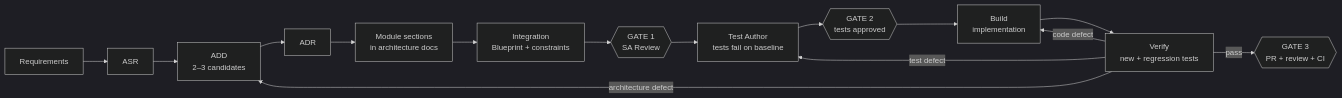
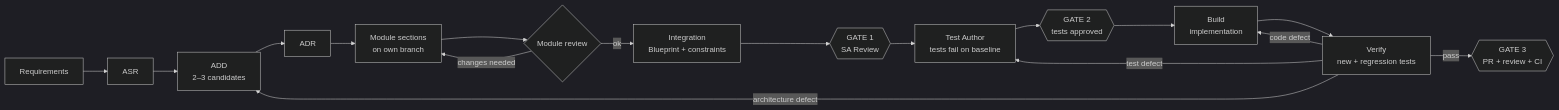
Before and after one commit to Requirements-Strike-Team-RST/Open_Deepsearch_ULTRA: the diagram in Prompt.md, drawn with Mermaid (dark theme). The commit also changed other lines of this file and 8 other files, not shown here.

First line of the commit message:
docs: add module review and single-integrator step to the SA workflow

````diff
--- a/Prompt.md
+++ b/Prompt.md
@@ -33,12 +33,13 @@
 ```mermaid
 flowchart LR
   R["Requirements"] --> ASR["ASR"] --> ADD["ADD<br/>2–3 candidates"] --> ADR["ADR"]
-  ADR --> M["Module sections<br/>in architecture docs"] --> I["Integration<br/>Blueprint + constraints"]
-  I --> G1{{"GATE 1<br/>SA Review"}}
+  ADR --> M["Module sections<br/>on own branch"] --> MR{"Module review"}
+  MR -->|"changes needed"| M
+  MR -->|ok| I["Integration<br/>Blueprint + constraints"] --> G1{{"GATE 1<br/>SA Review"}}
   G1 --> T["Test Author<br/>tests fail on baseline"] --> G2{{"GATE 2<br/>tests approved"}}
   G2 --> B["Build<br/>implementation"] --> V["Verify<br/>new + regression tests"]
   V -->|"test defect"| T
   V -->|"code defect"| B
   V -->|"architecture defect"| ADD
   V -->|pass| G3{{"GATE 3<br/>PR + review + CI"}}
 ```
````
